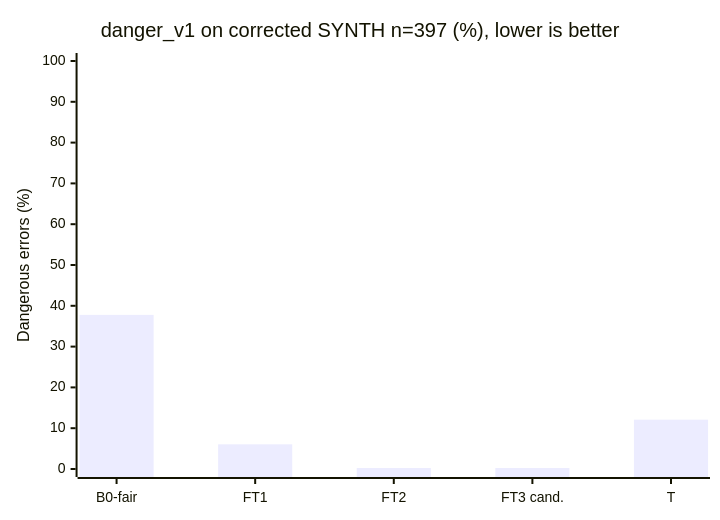
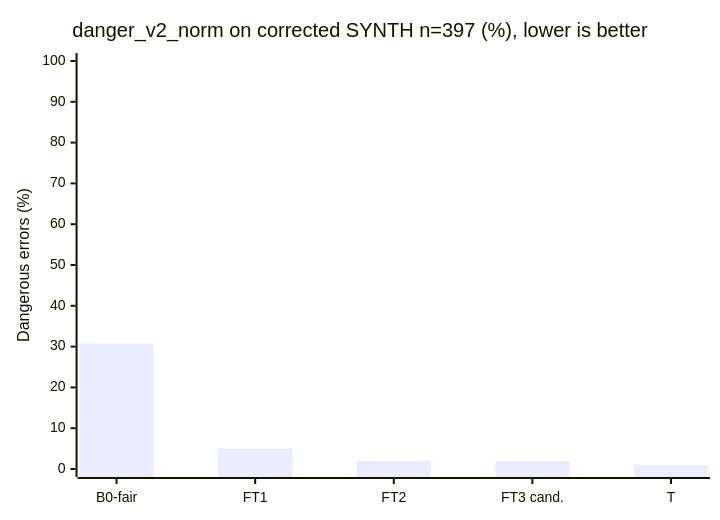
The fourth of 4 diagrams in eval/results.md (Vedant817/aaji-pill-clerk), drawn with Mermaid before and after one commit. The commit also changed other lines of this file and 44 other files, not shown here.

````diff
--- a/eval/results.md
+++ b/eval/results.md
@@ -181,7 +196,7 @@
 ```mermaid
 xychart-beta
-    title "danger_v1 on corrected SYNTH n=397 (%), lower is better"
+    title "danger_v2_norm on corrected SYNTH n=397 (%), lower is better"
     x-axis ["B0-fair", "FT1", "FT2", "FT3 cand.", "T"]
     y-axis "Dangerous errors (%)" 0 --> 100
-    bar [37.78, 6.05, 0.25, 0.25, 12.09]
+    bar [30.73, 5.04, 2.02, 2.02, 1.01]
 ```
````
